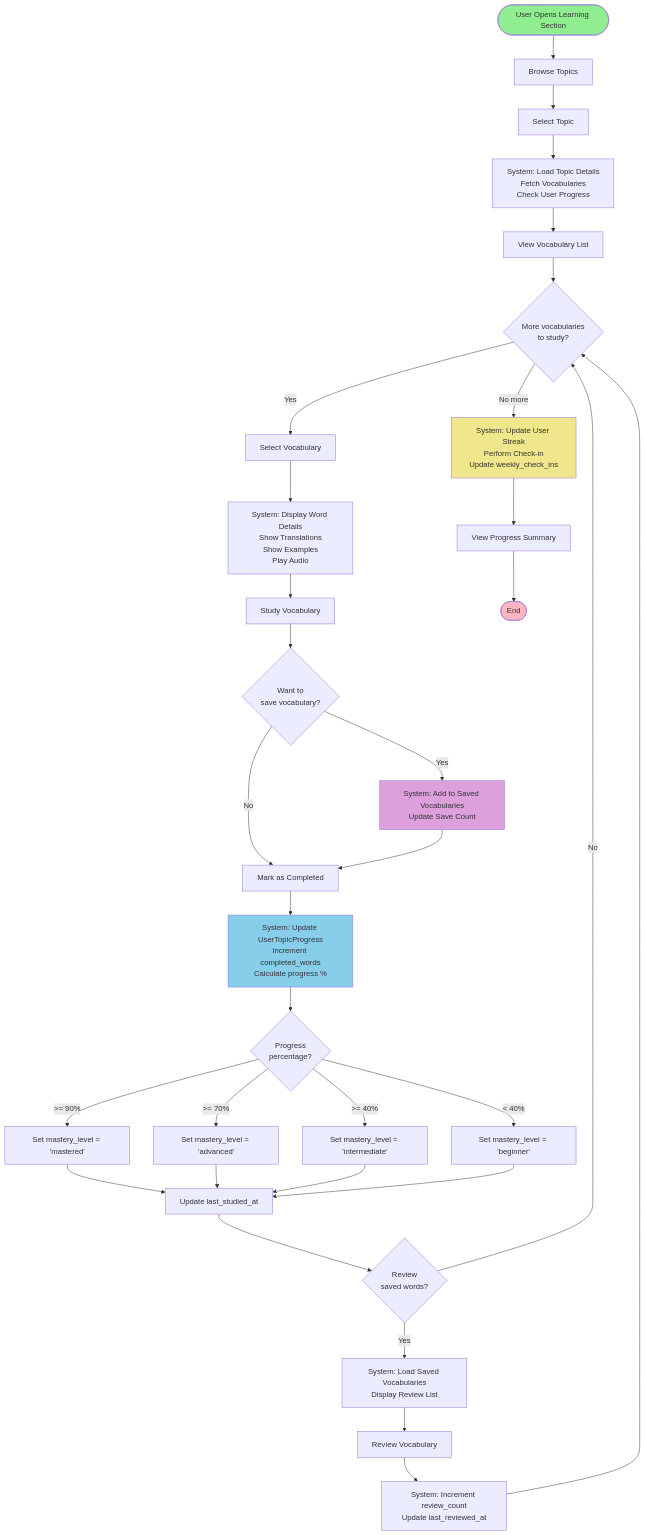
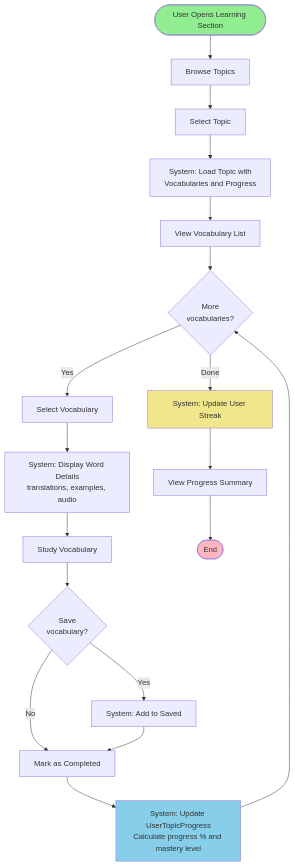
Before and after one commit to Chanhpd/chinese-laravel: the fourth of 6 diagrams in docs/diagram/activity-diagram.md, drawn with Mermaid. The commit also changed other lines of this file and 17 other files, not shown here.

````diff
--- a/docs/diagram/activity-diagram.md
+++ b/docs/diagram/activity-diagram.md
@@ -417,48 +209,30 @@
 ```mermaid
 flowchart TD
-    Start([User Opens Learning Section]) --> BrowseTopics[Browse Topics]
-    BrowseTopics --> SelectTopic[Select Topic]
-    SelectTopic --> LoadTopic[System: Load Topic Details<br/>Fetch Vocabularies<br/>Check User Progress]
-    LoadTopic --> ViewList[View Vocabulary List]
+    Start([User Opens Learning Section]) --> Browse[Browse Topics]
+    Browse --> Select[Select Topic]
+    Select --> Load[System: Load Topic with<br/>Vocabularies and Progress]
+    Load --> ViewList[View Vocabulary List]
     
-    ViewList --> MoreVocab{More vocabularies<br/>to study?}
-    MoreVocab -->|Yes| SelectVocab[Select Vocabulary]
+    ViewList --> More{More<br/>vocabularies?}
+    More -->|Yes| SelectVocab[Select Vocabulary]
     
-    SelectVocab --> DisplayWord[System: Display Word Details<br/>Show Translations<br/>Show Examples<br/>Play Audio]
-    DisplayWord --> StudyWord[Study Vocabulary]
+    SelectVocab --> Display[System: Display Word Details<br/>translations, examples, audio]
+    Display --> Study[Study Vocabulary]
     
-    StudyWord --> WantSave{Want to<br/>save vocabulary?}
-    WantSave -->|Yes| SaveVocab[System: Add to Saved Vocabularies<br/>Update Save Count]
-    WantSave -->|No| MarkComplete
-    SaveVocab --> MarkComplete[Mark as Completed]
+    Study --> Save{Save<br/>vocabulary?}
+    Save -->|Yes| SaveSys[System: Add to Saved]
+    Save -->|No| Mark
+    SaveSys --> Mark[Mark as Completed]
     
-    MarkComplete --> UpdateProgress[System: Update UserTopicProgress<br/>Increment completed_words<br/>Calculate progress %]
+    Mark --> Update[System: Update UserTopicProgress<br/>Calculate progress % and mastery level]
+    Update --> More
     
-    UpdateProgress --> CheckProgress{Progress<br/>percentage?}
-    CheckProgress -->|>= 90%| Mastered[Set mastery_level = 'mastered']
-    CheckProgress -->|>= 70%| Advanced[Set mastery_level = 'advanced']
-    CheckProgress -->|>= 40%| Intermediate[Set mastery_level = 'intermediate']
-    CheckProgress -->|< 40%| Beginner[Set mastery_level = 'beginner']
-    
-    Mastered --> UpdateTime[Update last_studied_at]
-    Advanced --> UpdateTime
-    Intermediate --> UpdateTime
-    Beginner --> UpdateTime
-    
-    UpdateTime --> ReviewSaved{Review<br/>saved words?}
-    ReviewSaved -->|Yes| LoadSaved[System: Load Saved Vocabularies<br/>Display Review List]
-    LoadSaved --> DoReview[Review Vocabulary]
-    DoReview --> UpdateReview[System: Increment review_count<br/>Update last_reviewed_at]
-    UpdateReview --> MoreVocab
-    ReviewSaved -->|No| MoreVocab
-    
-    MoreVocab -->|No more| UpdateStreak[System: Update User Streak<br/>Perform Check-in<br/>Update weekly_check_ins]
-    UpdateStreak --> ViewSummary[View Progress Summary]
-    ViewSummary --> End([End])
+    More -->|Done| Streak[System: Update User Streak]
+    Streak --> Summary[View Progress Summary]
+    Summary --> End([End])
     
     style Start fill:#90EE90
     style End fill:#FFB6C1
-    style UpdateProgress fill:#87CEEB
-    style SaveVocab fill:#DDA0DD
-    style UpdateStreak fill:#F0E68C
+    style Update fill:#87CEEB
+    style Streak fill:#F0E68C
 ```
````
